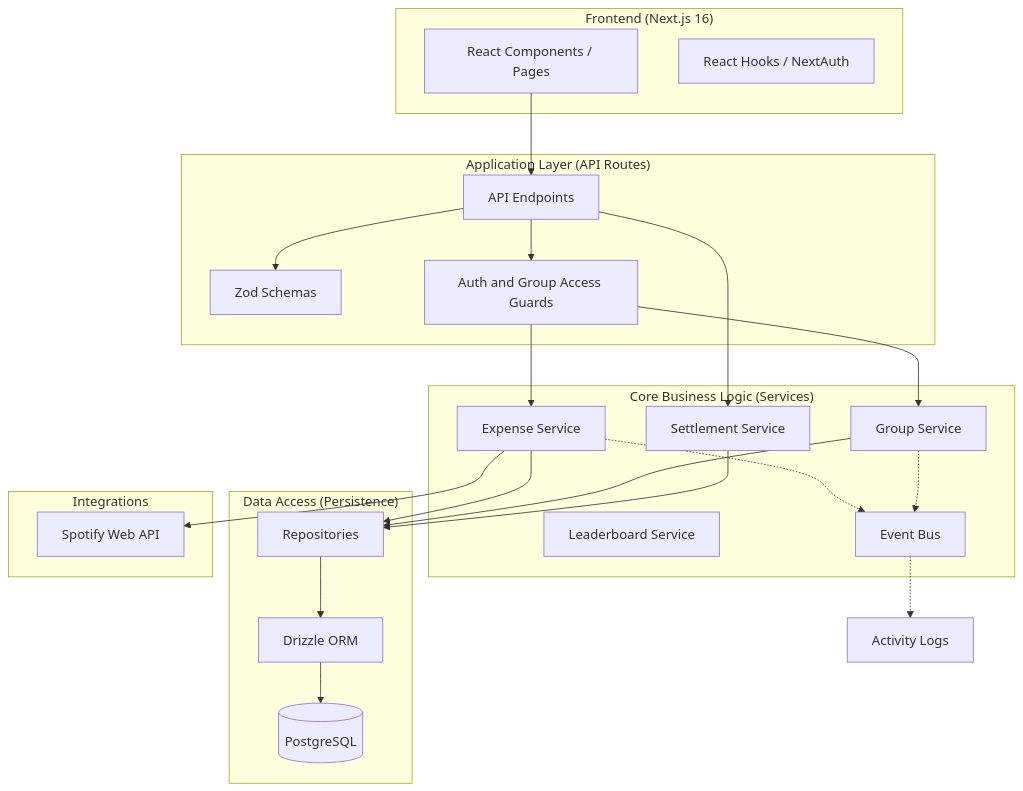
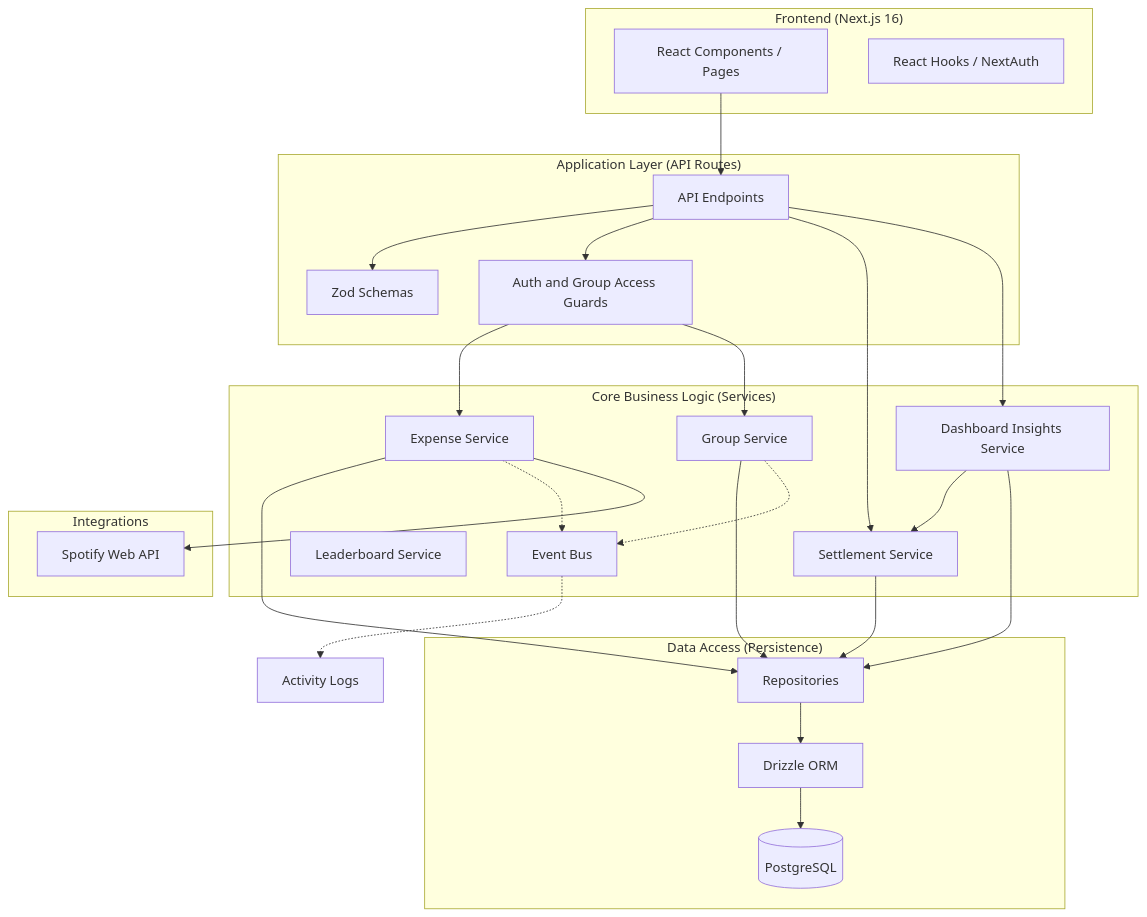
One commit to abhaybansal0322/smart-expense-splitter changed the first of 2 diagrams in README.md. Above: the diagram before and after it, drawn with Mermaid. The commit also changed other lines of this file and 24 other files, not shown here.

````diff
--- a/README.md
+++ b/README.md
@@ -27,47 +27,51 @@
 ```mermaid
 graph TD
     subgraph "Frontend (Next.js 16)"
         UI[React Components / Pages]
         State[React Hooks / NextAuth]
     end
 
     subgraph "Application Layer (API Routes)"
         Routes[API Endpoints]
         Validators[Zod Schemas]
         Auth[Auth and Group Access Guards]
     end
 
     subgraph "Core Business Logic (Services)"
         ExpService[Expense Service]
         GroupService[Group Service]
         SettService[Settlement Service]
         ScoreService[Leaderboard Service]
+        DashService[Dashboard Insights Service]
         Events[Event Bus]
     end
 
     subgraph "Data Access (Persistence)"
         Repos[Repositories]
         Drizzle[Drizzle ORM]
         DB[(PostgreSQL)]
     end
 
     subgraph "Integrations"
         Spotify[Spotify Web API]
     end
 
     UI --> Routes
     Routes --> Validators
     Routes --> Auth
     Auth --> ExpService
     Auth --> GroupService
     Routes --> SettService
+    Routes --> DashService
     ExpService --> Repos
     GroupService --> Repos
     SettService --> Repos
+    DashService --> SettService
+    DashService --> Repos
     Repos --> Drizzle
     Drizzle --> DB
     ExpService -.-> Events
     GroupService -.-> Events
     Events -.-> ActivityLog[Activity Logs]
     ExpService --> Spotify
 ```
````
